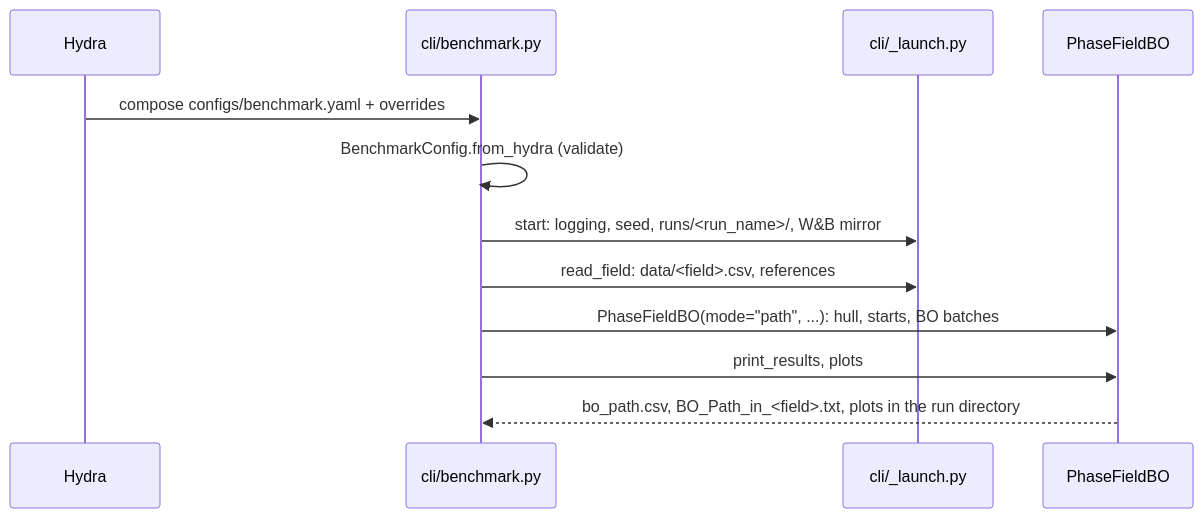
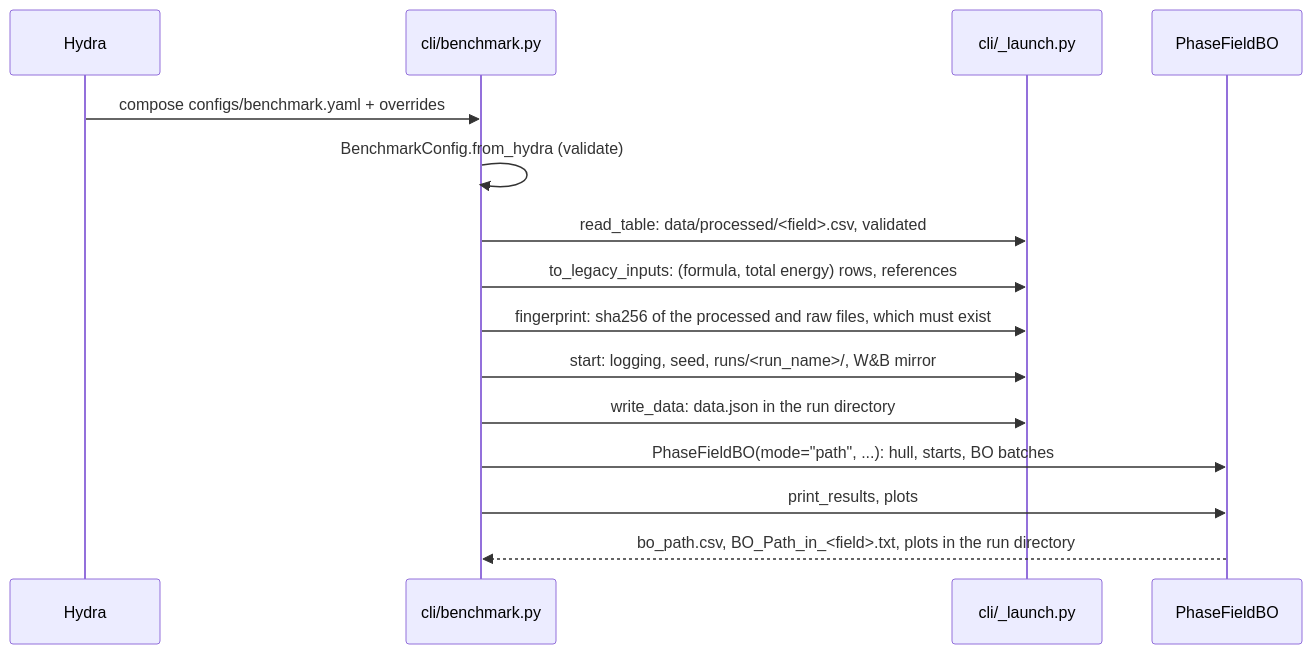
The second of 2 diagrams in CONTRIBUTING.md (nuinashco/PhaseBO), drawn with Mermaid before and after one commit. The commit also changed other lines of this file and 44 other files, not shown here.

Commit message:
feat(data): read raw datasets into committed processed tables

````diff
--- a/CONTRIBUTING.md
+++ b/CONTRIBUTING.md
@@ -50,14 +56,17 @@
 ```mermaid
 sequenceDiagram
     participant H as Hydra
     participant C as cli/benchmark.py
     participant L as cli/_launch.py
     participant B as PhaseFieldBO
     H->>C: compose configs/benchmark.yaml + overrides
     C->>C: BenchmarkConfig.from_hydra (validate)
+    C->>L: read_table: data/processed/<field>.csv, validated
+    C->>L: to_legacy_inputs: (formula, total energy) rows, references
+    C->>L: fingerprint: sha256 of the processed and raw files, which must exist
     C->>L: start: logging, seed, runs/<run_name>/, W&B mirror
-    C->>L: read_field: data/<field>.csv, references
+    C->>L: write_data: data.json in the run directory
     C->>B: PhaseFieldBO(mode="path", ...): hull, starts, BO batches
     C->>B: print_results, plots
     B-->>C: bo_path.csv, BO_Path_in_<field>.txt, plots in the run directory
 ```
````
